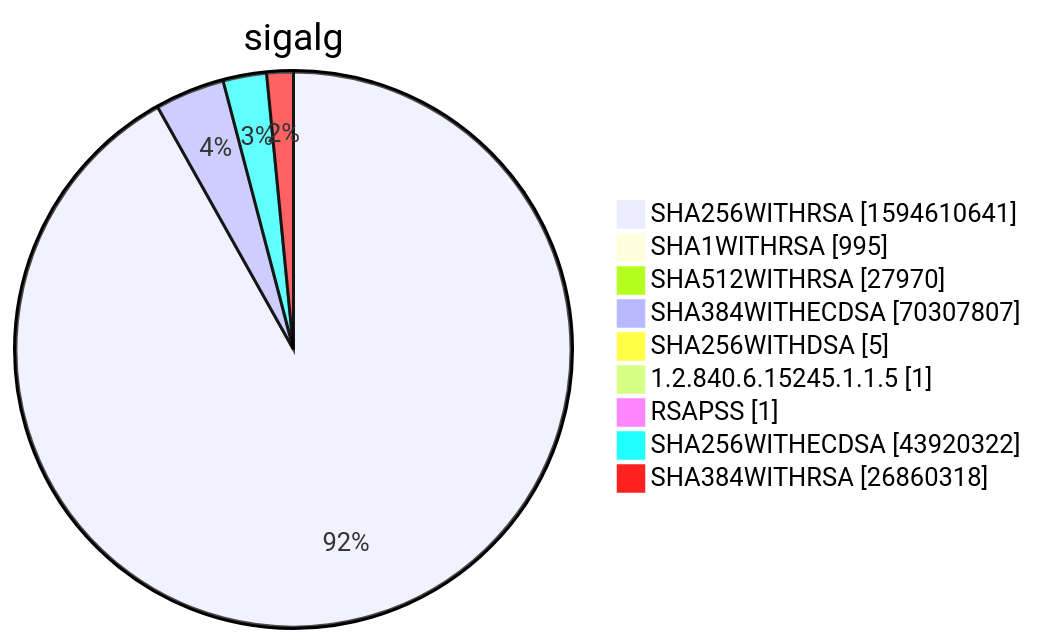
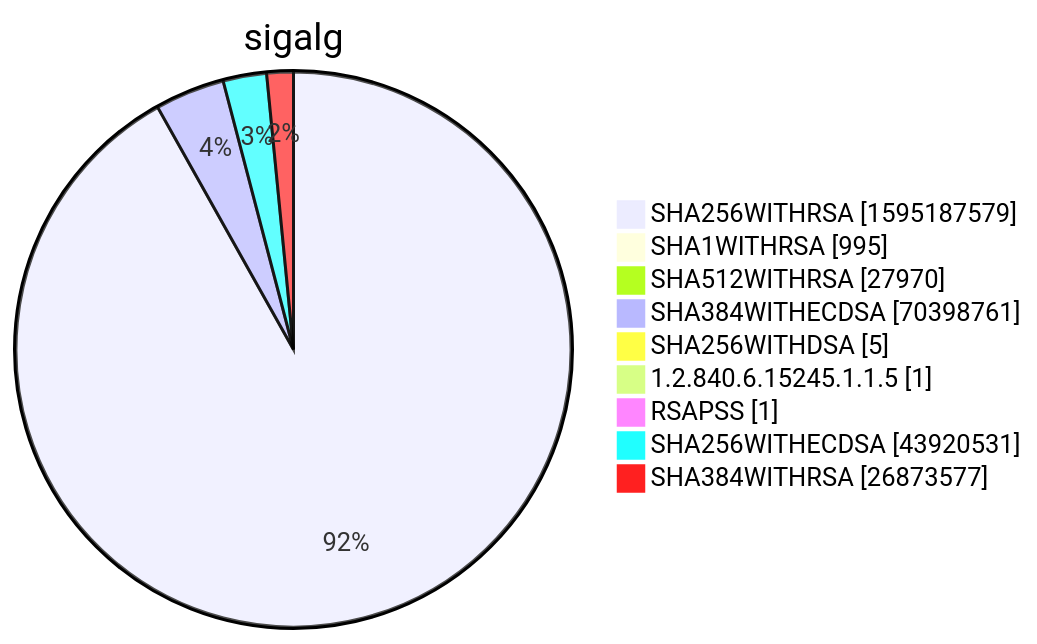
One commit to christiankrug/ctmonitor_visualization changed diagram 15 of 15 in xenon2022/README.md. Above: the diagram before and after it, drawn with Mermaid. The commit also changed other lines of this file, not shown here.

````diff
--- a/xenon2022/README.md
+++ b/xenon2022/README.md
@@ -5871,13 +5871,13 @@
 ```mermaid
 pie showData
 title sigalg
-"SHA256WITHRSA" :1594610641
+"SHA256WITHRSA" :1595187579
 "SHA1WITHRSA" :995
 "SHA512WITHRSA" :27970
-"SHA384WITHECDSA" :70307807
+"SHA384WITHECDSA" :70398761
 "SHA256WITHDSA" :5
 "1.2.840.6.15245.1.1.5" :1
 "RSAPSS" :1
-"SHA256WITHECDSA" :43920322
-"SHA384WITHRSA" :26860318
+"SHA256WITHECDSA" :43920531
+"SHA384WITHRSA" :26873577
 ```
````
